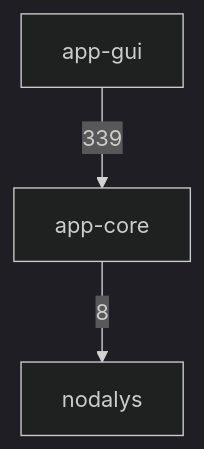
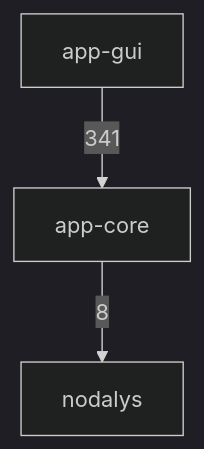
The first of 3 diagrams in docs/architecture.md (ronnymilleo/imcsim), drawn with Mermaid (dark theme) before and after one commit.

Commit message:
Regenerate the include diagram

````diff
--- a/docs/architecture.md
+++ b/docs/architecture.md
@@ -22,8 +22,8 @@
 ```mermaid
 flowchart TD
     app_gui[app-gui]
     app_core[app-core]
     nodalys[nodalys]
     app_core -->|8| nodalys
-    app_gui -->|339| app_core
+    app_gui -->|341| app_core
 ```
````
